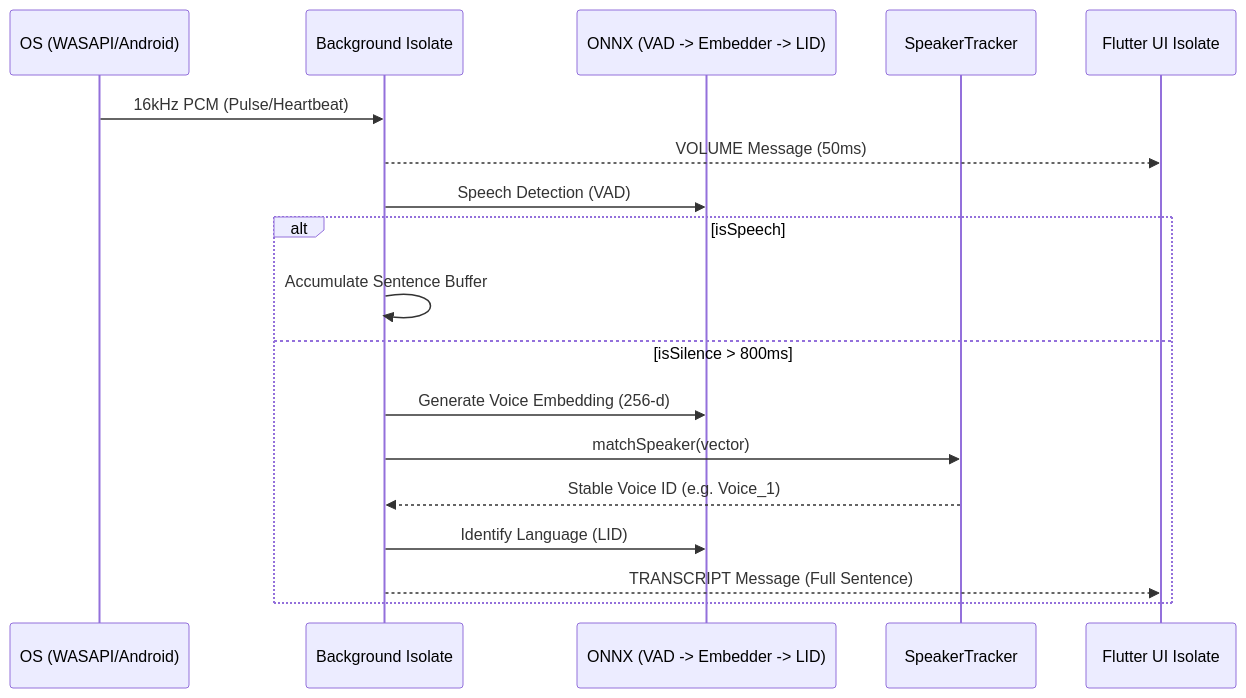
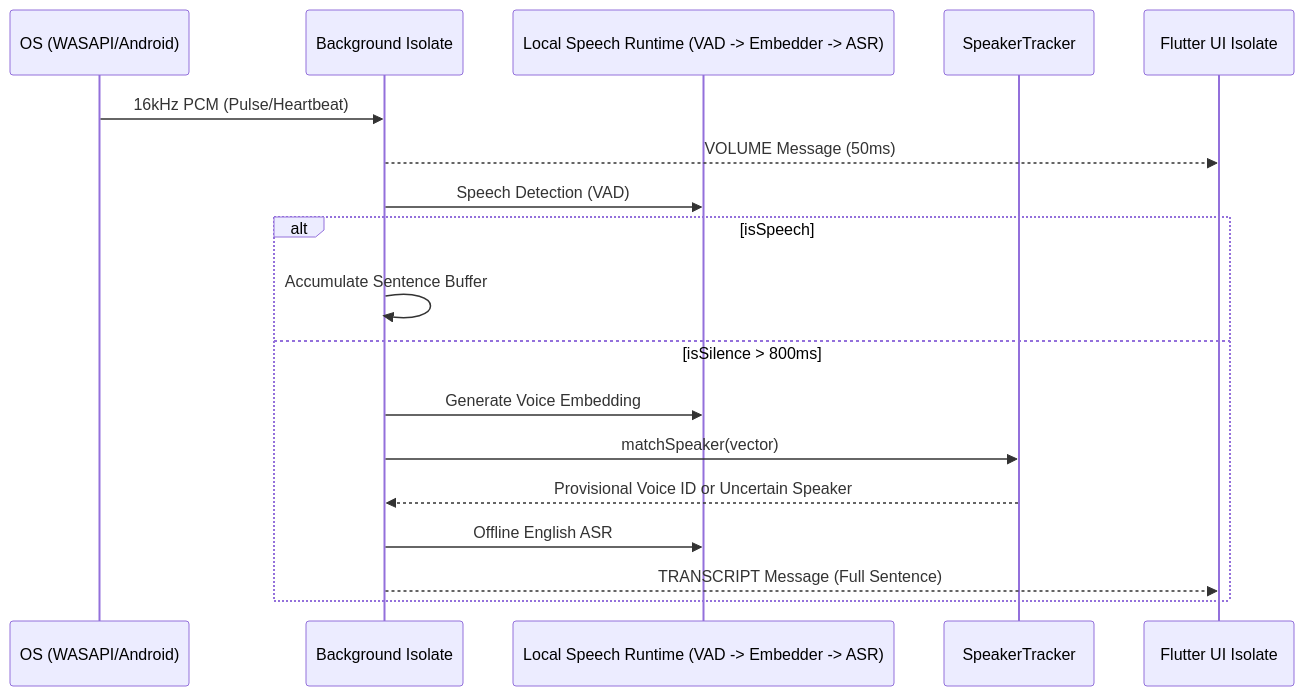
One commit to manishknema/local_speech changed the first of 2 diagrams in FLUTTER_ARCHITECTURE.md. Above: the diagram before and after it, drawn with Mermaid. The commit also changed other lines of this file and 44 other files, not shown here.

````diff
--- a/FLUTTER_ARCHITECTURE.md
+++ b/FLUTTER_ARCHITECTURE.md
@@ -26,22 +93,22 @@
 ```mermaid
 sequenceDiagram
     participant Native as OS (WASAPI/Android)
     participant BAPE as Background Isolate
-    participant AI as ONNX (VAD -> Embedder -> LID)
+    participant AI as Local Speech Runtime (VAD -> Embedder -> ASR)
     participant Tracker as SpeakerTracker
     participant UI as Flutter UI Isolate
 
     Native->>BAPE: 16kHz PCM (Pulse/Heartbeat)
     BAPE-->>UI: VOLUME Message (50ms)
     
     BAPE->>AI: Speech Detection (VAD)
     alt isSpeech
         BAPE->>BAPE: Accumulate Sentence Buffer
     else isSilence > 800ms
-        BAPE->>AI: Generate Voice Embedding (256-d)
+        BAPE->>AI: Generate Voice Embedding
         BAPE->>Tracker: matchSpeaker(vector)
-        Tracker-->>BAPE: Stable Voice ID (e.g. Voice_1)
-        BAPE->>AI: Identify Language (LID)
+        Tracker-->>BAPE: Provisional Voice ID or Uncertain Speaker
+        BAPE->>AI: Offline English ASR
         BAPE-->>UI: TRANSCRIPT Message (Full Sentence)
     end
 ```
````
